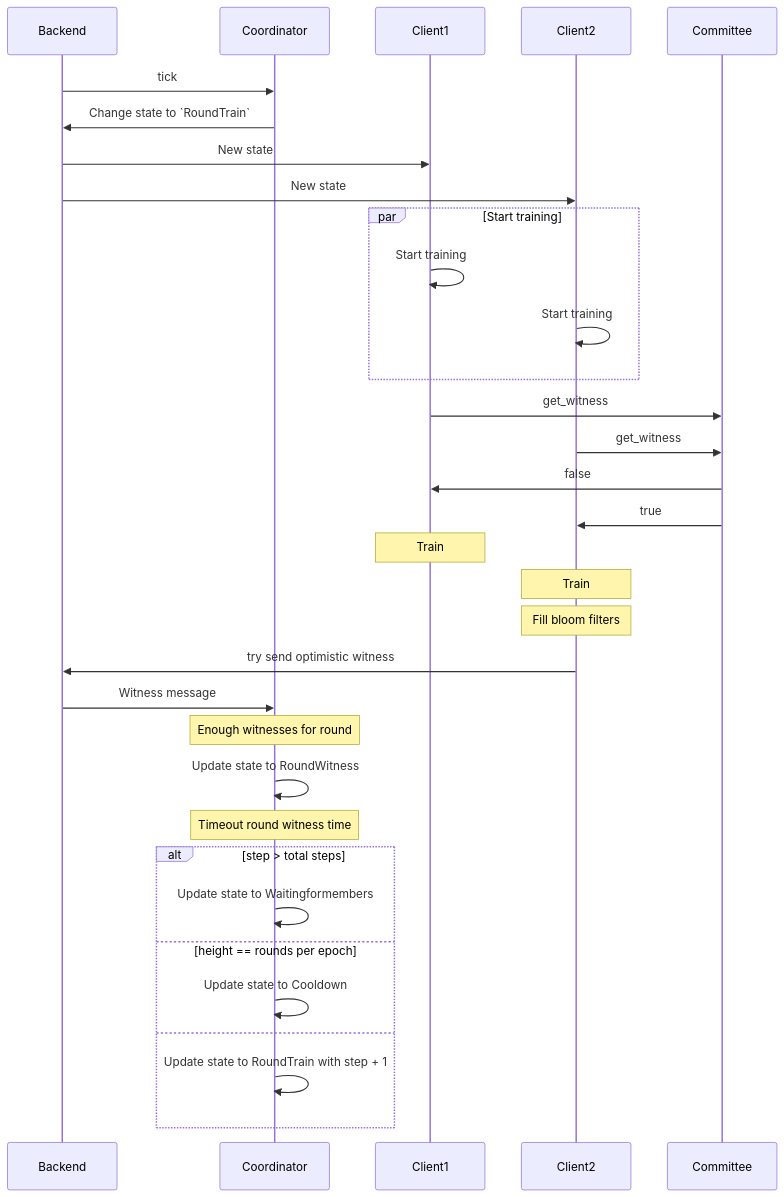
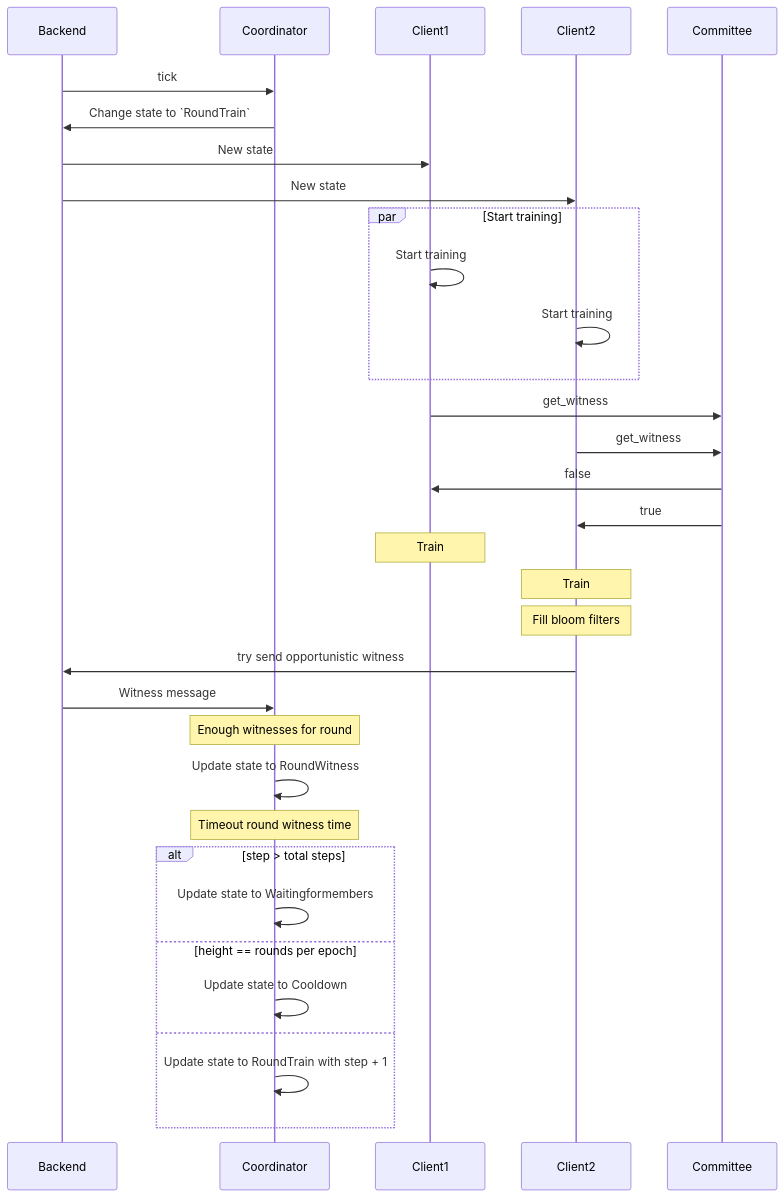
One commit to vernvriereen/psyche changed the third of 6 diagrams in psyche-book/src/explain/general-workflow.md. Above: the diagram before and after it, drawn with Mermaid. The commit also changed 25 other files, not shown here.

````diff
--- a/psyche-book/src/explain/general-workflow.md
+++ b/psyche-book/src/explain/general-workflow.md
@@ -112,30 +112,30 @@
 ```mermaid
 sequenceDiagram
     Backend->>Coordinator: tick
     Coordinator->>Backend: Change state to `RoundTrain`
     Backend->>Client1: New state
     Backend->>Client2: New state
     par Start training
         Client1->>Client1: Start training
         Client2->>Client2: Start training
     end
     Client1->>Committee: get_witness
     Client2->>Committee: get_witness
     Committee->>Client1: false
     Committee->>Client2: true
     Note over Client1: Train
     Note over Client2: Train
     Note over Client2: Fill bloom filters
-    Client2->>Backend: try send optimistic witness
+    Client2->>Backend: try send opportunistic witness
     Backend->>Coordinator: Witness message
     Note over Coordinator: Enough witnesses for round
     Coordinator->>Coordinator: Update state to RoundWitness
     Note over Coordinator: Timeout round witness time
     alt step > total steps
         Coordinator->>Coordinator: Update state to Waitingformembers
     else height == rounds per epoch
         Coordinator->>Coordinator: Update state to Cooldown
     else
         Coordinator->>Coordinator: Update state to RoundTrain with step + 1
     end
 ```
````
